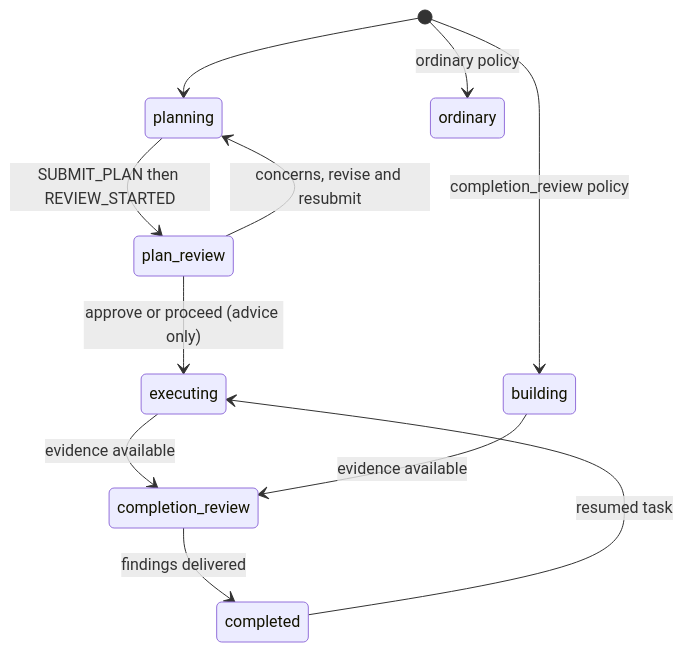
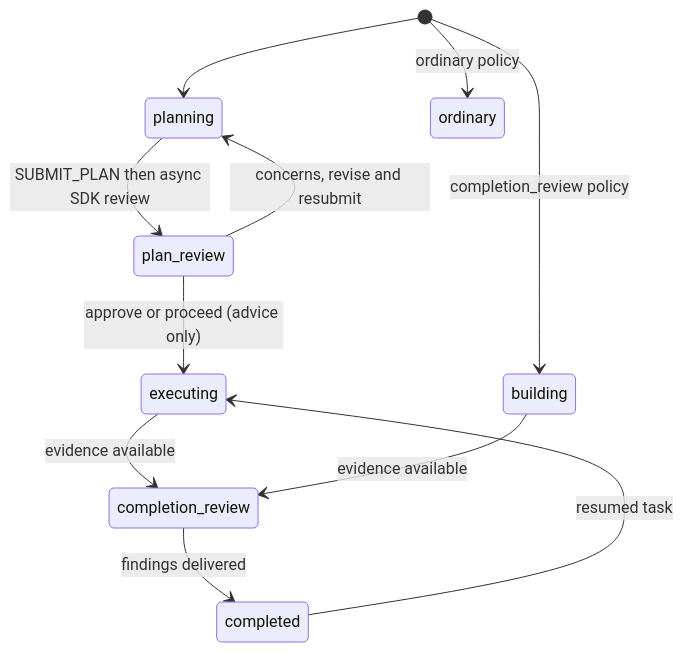
Before and after one commit to nigel-upstart/pi-buildout: the second of 4 diagrams in extensions/router/README.md, drawn with Mermaid. The commit also changed other lines of this file and 21 other files, not shown here.

````diff
--- a/extensions/router/README.md
+++ b/extensions/router/README.md
@@ -444,13 +490,13 @@
 ```mermaid
 stateDiagram-v2
   [*] --> planning
-  planning --> plan_review: SUBMIT_PLAN then REVIEW_STARTED
+  planning --> plan_review: SUBMIT_PLAN then async SDK review
   plan_review --> executing: approve or proceed (advice only)
   plan_review --> planning: concerns, revise and resubmit
   executing --> completion_review: evidence available
   completion_review --> completed: findings delivered
   completed --> executing: resumed task
   [*] --> building: completion_review policy
   building --> completion_review: evidence available
   [*] --> ordinary: ordinary policy
 ```
````
